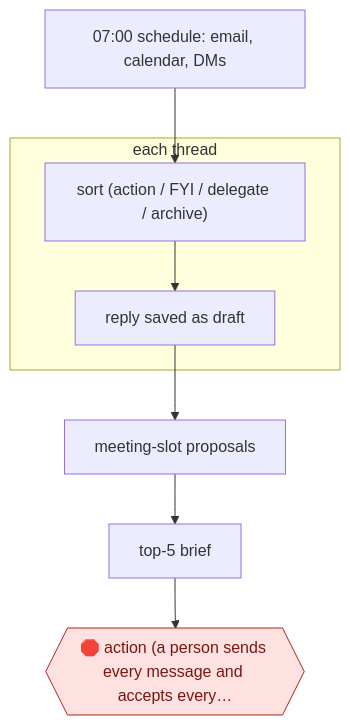
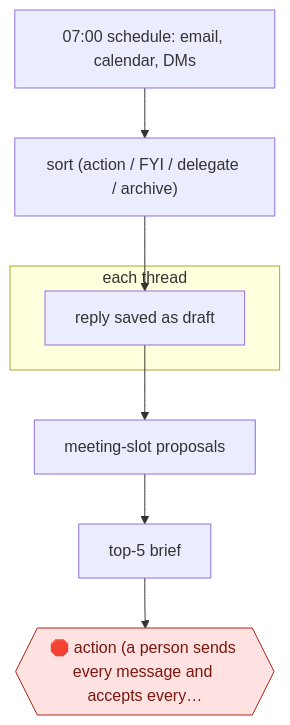
Before and after one commit to milesradford99/agent-workflow-atlas: the diagram in workflows/ORG/XFN/INBOX/daily-inbox-triage/README.md, drawn with Mermaid. The commit also changed other lines of this file and 171 other files, not shown here.

````diff
--- a/workflows/ORG/XFN/INBOX/daily-inbox-triage/README.md
+++ b/workflows/ORG/XFN/INBOX/daily-inbox-triage/README.md
@@ -30,17 +31,17 @@
 ```mermaid
 flowchart TD
   n1["07:00 schedule: email, calendar, DMs"]
   n2["sort (action / FYI / delegate / archive)"]
-  n1 --> n2
   subgraph s3["each thread"]
   n4["reply saved as draft"]
-  n2 --> n4
   end
   n5["meeting-slot proposals"]
+  n6["top-5 brief"]
+  n7{{"🛑 action (a person sends every message and accepts every…"}}:::stop
+  n1 --> n2
+  n2 --> n4
   n4 --> n5
-  n6["top-5 brief"]
   n5 --> n6
-  n7{{"🛑 action (a person sends every message and accepts every…"}}:::stop
   n6 --> n7
   classDef stop fill:#fde2e1,stroke:#b42318,color:#7a1610
 ```
````
